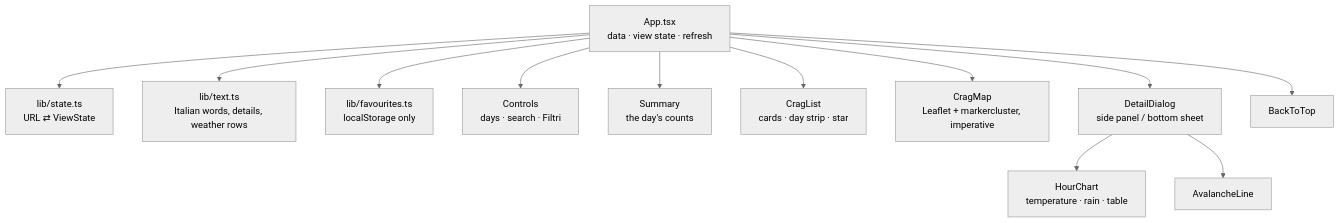
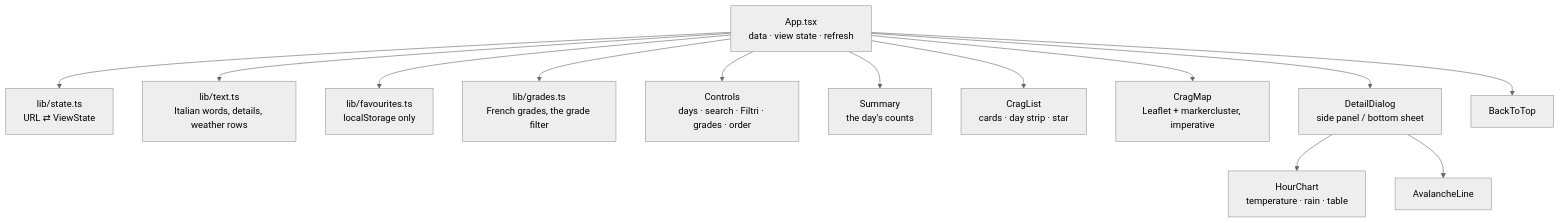
Before and after one commit to Allan-Nava/cragcast: the second of 2 diagrams in docs/ARCHITECTURE.md, drawn with Mermaid (neutral theme). The commit also changed other lines of this file and 10 other files, not shown here.

First line of the commit message:
CG-61: order the list and filter by grade

````diff
--- a/docs/ARCHITECTURE.md
+++ b/docs/ARCHITECTURE.md
@@ -81,16 +81,17 @@
 ```mermaid
 flowchart TB
   app["App.tsx<br/>data · view state · refresh"]
   state["lib/state.ts<br/>URL ⇄ ViewState"]
   text["lib/text.ts<br/>Italian words, details, weather rows"]
   fav["lib/favourites.ts<br/>localStorage only"]
-  app --> state & text & fav
-  app --> controls["Controls<br/>days · search · Filtri"]
+  grades["lib/grades.ts<br/>French grades, the grade filter"]
+  app --> state & text & fav & grades
+  app --> controls["Controls<br/>days · search · Filtri · grades · order"]
   app --> summary["Summary<br/>the day's counts"]
   app --> list["CragList<br/>cards · day strip · star"]
   app --> map["CragMap<br/>Leaflet + markercluster, imperative"]
   app --> panel["DetailDialog<br/>side panel / bottom sheet"]
   panel --> chart["HourChart<br/>temperature · rain · table"]
   panel --> av["AvalancheLine"]
   app --> top["BackToTop"]
 ```
````
